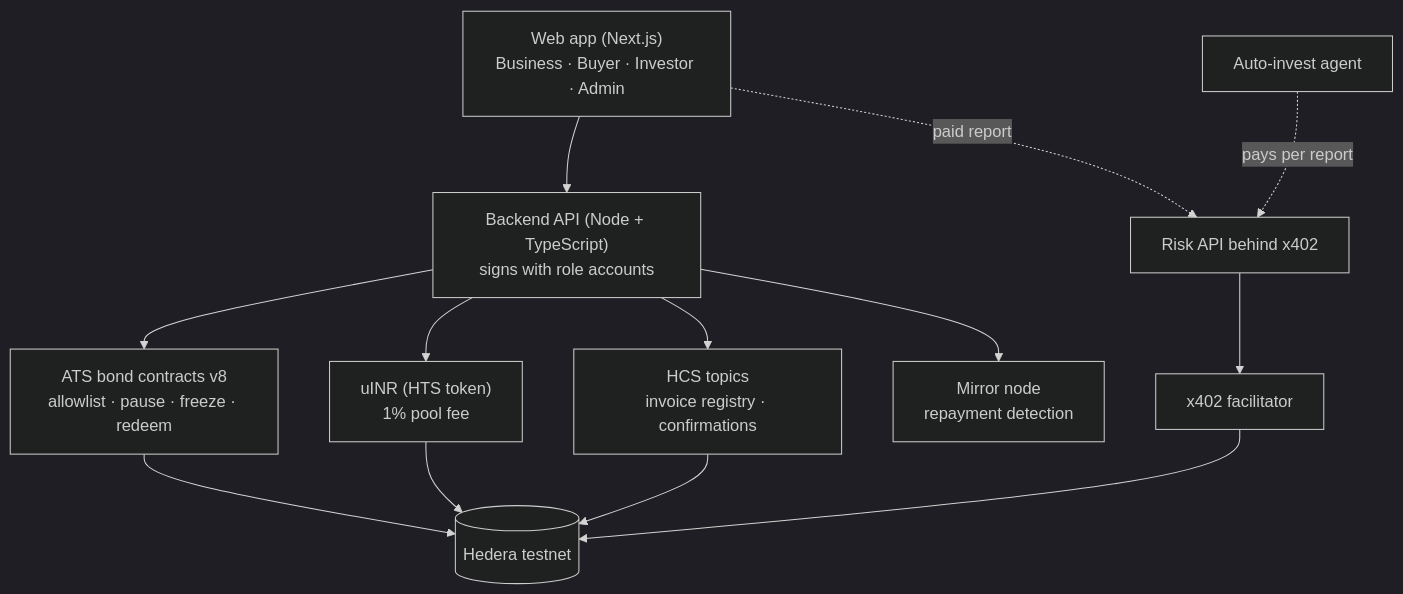
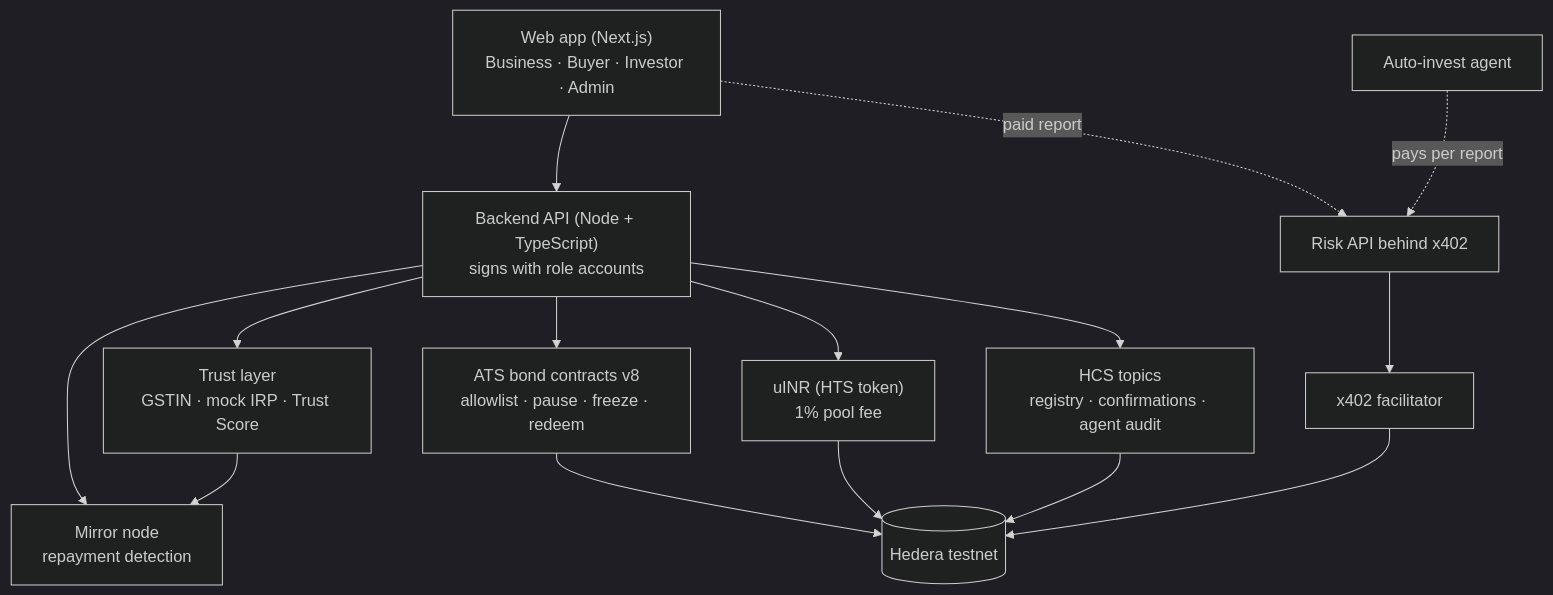
The first of 4 diagrams in README.md (adityagavane47/Udhaar), drawn with Mermaid (dark theme) before and after one commit. The commit also changed other lines of this file and 4 other files, not shown here.

Commit message:
Update README and docs: trust layer, pricing, AI usage

````diff
--- a/README.md
+++ b/README.md
@@ -31,14 +101,16 @@
 ```mermaid
 flowchart TD
   WEB["Web app (Next.js)<br/>Business · Buyer · Investor · Admin"] --> API["Backend API (Node + TypeScript)<br/>signs with role accounts"]
   WEB -. paid report .-> RISK["Risk API behind x402"]
   AGENT["Auto-invest agent"] -. pays per report .-> RISK
+  API --> TRUST["Trust layer<br/>GSTIN · mock IRP · Trust Score"]
   API --> ATS["ATS bond contracts v8<br/>allowlist · pause · freeze · redeem"]
   API --> HTS["uINR (HTS token)<br/>1% pool fee"]
-  API --> HCS["HCS topics<br/>invoice registry · confirmations"]
+  API --> HCS["HCS topics<br/>registry · confirmations · agent audit"]
   API --> MIRROR["Mirror node<br/>repayment detection"]
+  TRUST --> MIRROR
   ATS --> HEDERA[("Hedera testnet")]
   HTS --> HEDERA
   HCS --> HEDERA
   RISK --> FAC["x402 facilitator"] --> HEDERA
 ```
````
